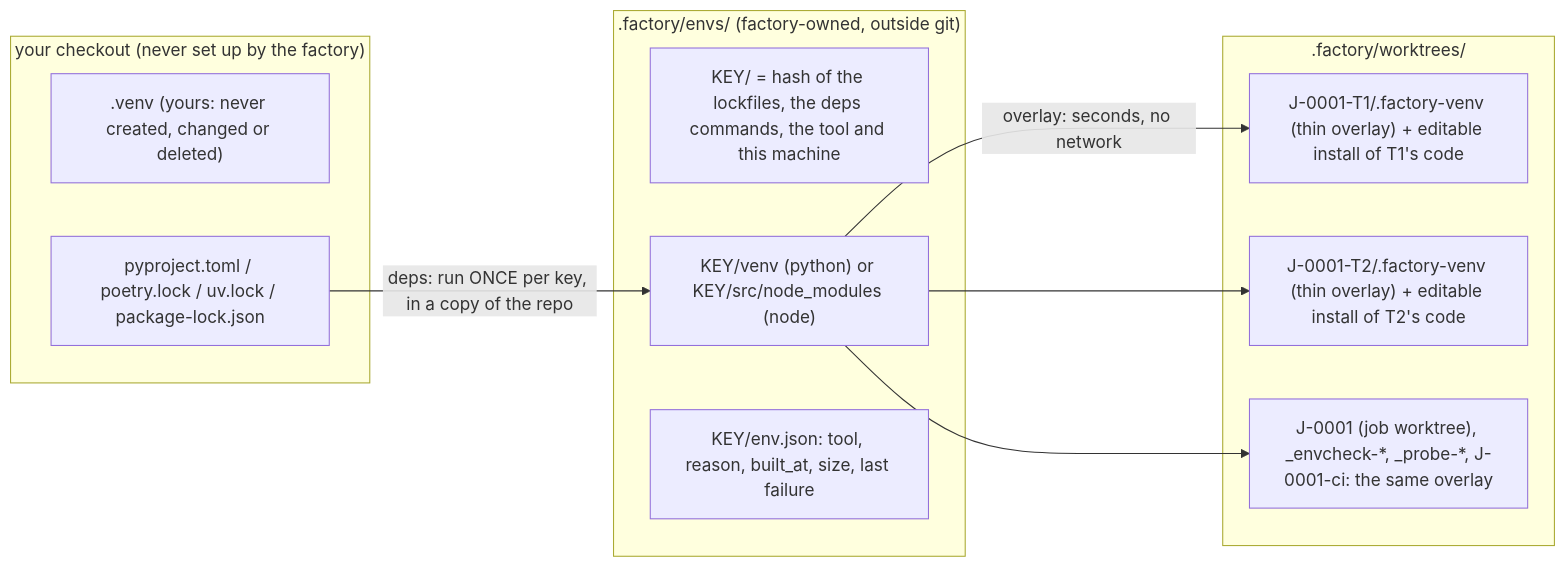
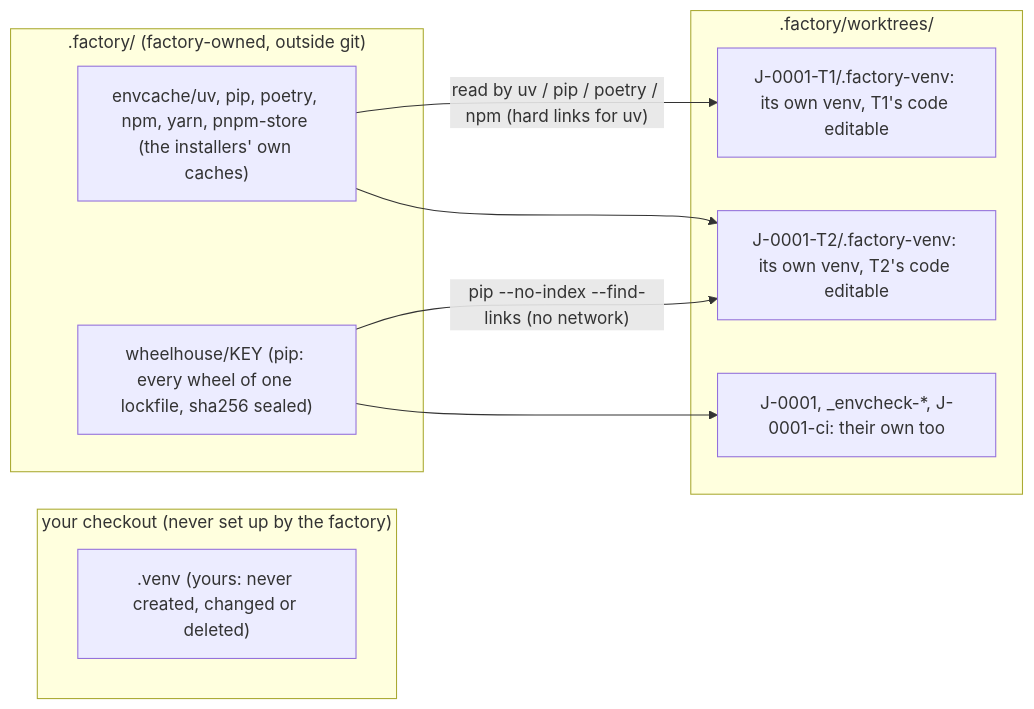
The diagram in plugins/factory/docs/ENVIRONMENT.md (reshif/copilot-factory), drawn with Mermaid before and after one commit. The commit also changed other lines of this file and 25 other files, not shown here.

````diff
--- a/plugins/factory/docs/ENVIRONMENT.md
+++ b/plugins/factory/docs/ENVIRONMENT.md
@@ -7,21 +9,19 @@
 ```mermaid
 flowchart LR
   subgraph repo["your checkout (never set up by the factory)"]
     venv[".venv (yours: never created, changed or deleted)"]
-    lock["pyproject.toml / poetry.lock / uv.lock / package-lock.json"]
   end
-  subgraph store[".factory/envs/ (factory-owned, outside git)"]
-    key["KEY/ = hash of the lockfiles, the deps commands, the tool and this machine"]
-    shared["KEY/venv (python) or KEY/src/node_modules (node)"]
-    marker["KEY/env.json: tool, reason, built_at, size, last failure"]
+  subgraph cache[".factory/ (factory-owned, outside git)"]
+    c1["envcache/uv, pip, poetry, npm, yarn, pnpm-store (the installers' own caches)"]
+    c2["wheelhouse/KEY (pip: every wheel of one lockfile, sha256 sealed)"]
   end
   subgraph wts[".factory/worktrees/"]
-    t1["J-0001-T1/.factory-venv (thin overlay) + editable install of T1's code"]
-    t2["J-0001-T2/.factory-venv (thin overlay) + editable install of T2's code"]
-    job["J-0001 (job worktree), _envcheck-*, _probe-*, J-0001-ci: the same overlay"]
+    t1["J-0001-T1/.factory-venv: its own venv, T1's code editable"]
+    t2["J-0001-T2/.factory-venv: its own venv, T2's code editable"]
+    job["J-0001, _envcheck-*, J-0001-ci: their own too"]
   end
-  lock -- "deps: run ONCE per key, in a copy of the repo" --> shared
-  shared -- "overlay: seconds, no network" --> t1
-  shared --> t2
-  shared --> job
+  c1 -- "read by uv / pip / poetry / npm (hard links for uv)" --> t1
+  c1 --> t2
+  c2 -- "pip --no-index --find-links (no network)" --> t2
+  c2 --> job
 ```
````
